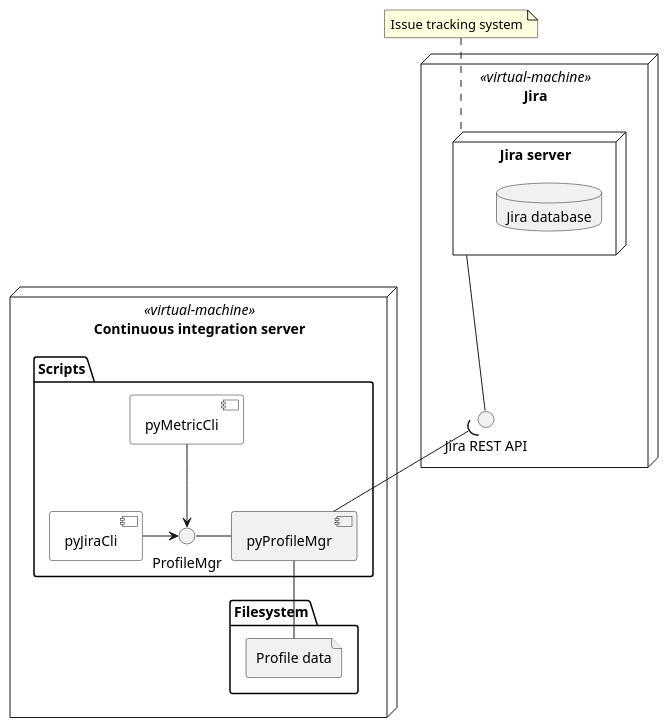
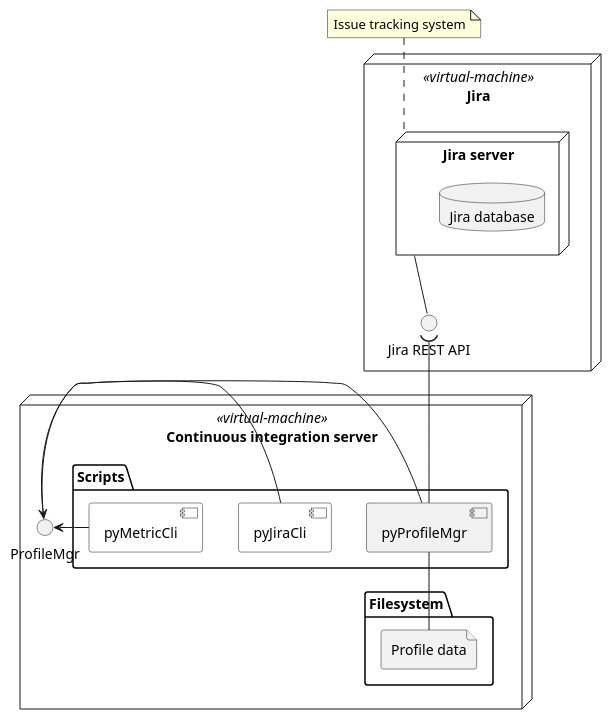
One commit to NewTec-GmbH/pyProfileMgr changed the diagram in doc/uml/deployment.puml. Above: the diagram before and after it, drawn with PlantUML. The commit also changed 2 other files, not shown here.

Commit message:
Add architecture diagram

```diff
--- a/doc/uml/deployment.puml
+++ b/doc/uml/deployment.puml
@@ -1,36 +1,36 @@
 @startuml DeploymentDiagram
 
 node "Jira" <<virtual-machine>> as jira_vm {
   node "Jira server" as jira_server {
       database "Jira database" as jira_db
   }
 
   interface "Jira REST API" as jira_rest_api
   jira_server -- jira_rest_api
 }
 
 node "Continuous integration server" <<virtual-machine>> {
   package "Scripts" {
     component "pyJiraCli" as jira_cli #White
     component "pyMetricCli" as metric_cli #White
     component "pyProfileMgr" as profile_mgr
-    ProfileMgr - [profile_mgr]
   }
 
   folder Filesystem {
     file "Profile data" as profile_data_files
   }
 
+  ProfileMgr - [profile_mgr]
   jira_cli -> ProfileMgr
   metric_cli --> ProfileMgr
   profile_mgr -- profile_data_files
 }
 
 jira_rest_api )-- profile_mgr
 
 ' Notes
 note top of jira_server
   Issue tracking system
 end note
 
 @enduml
```
